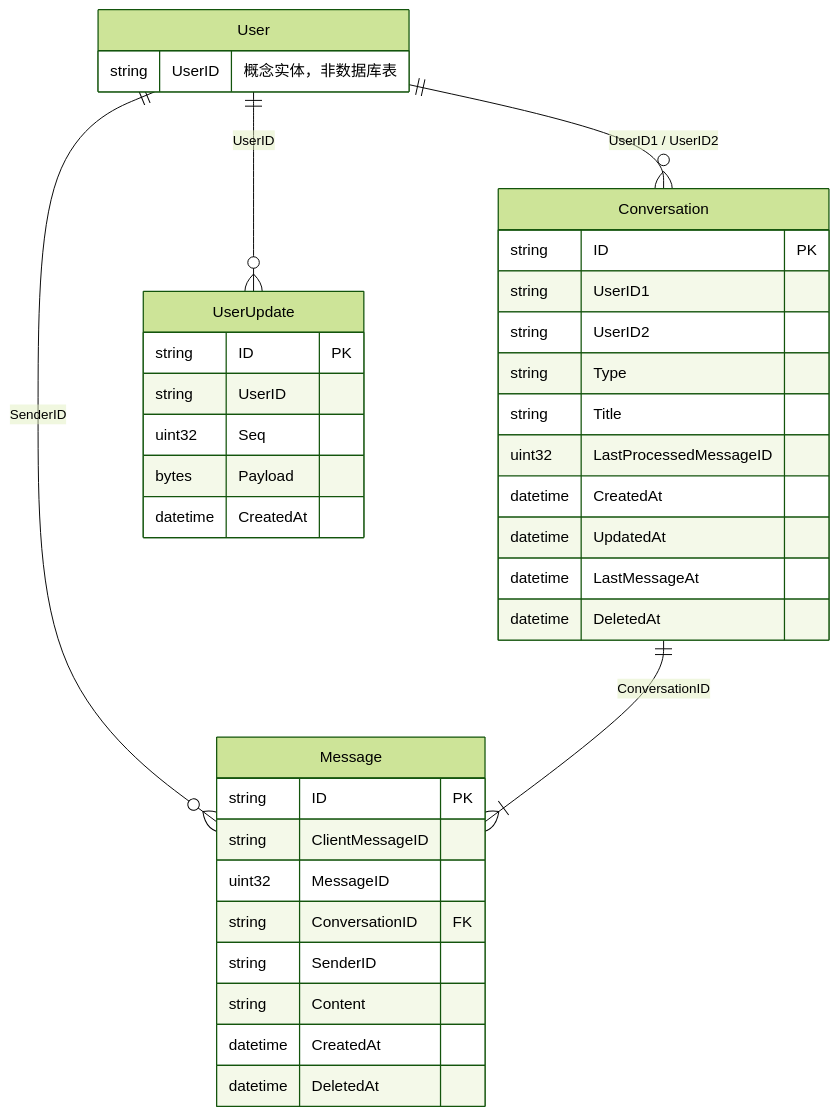
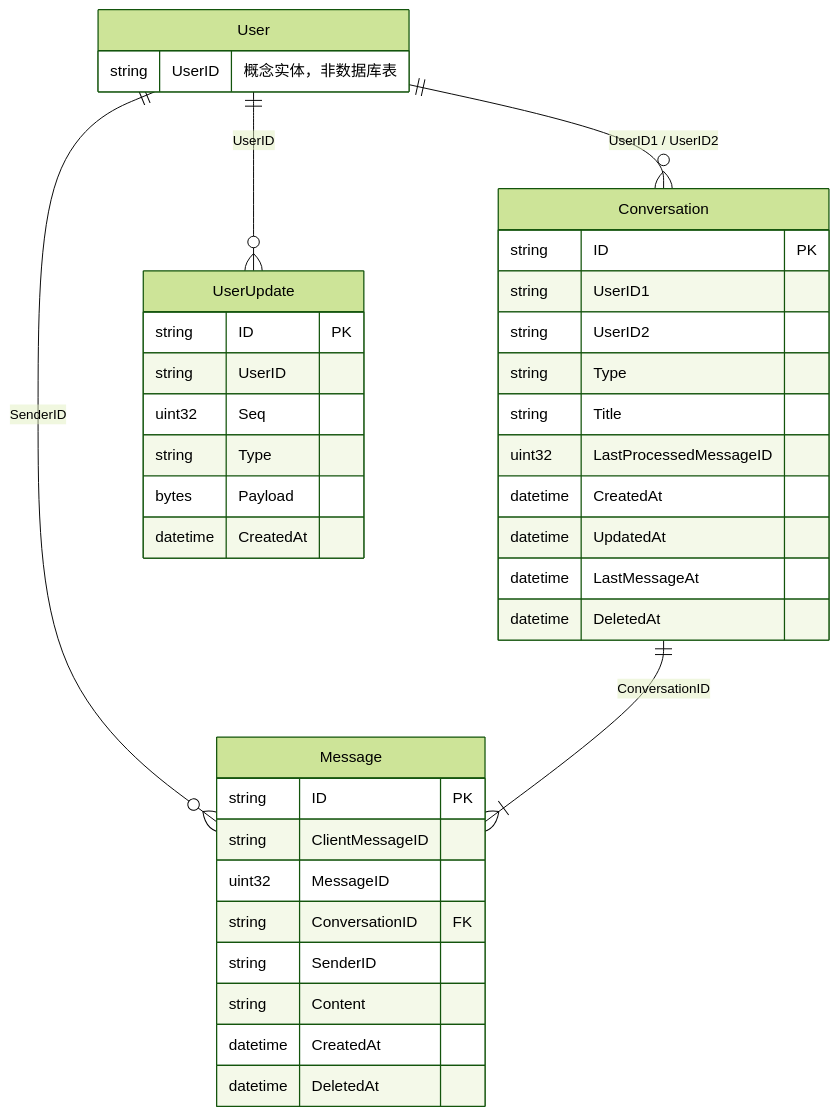
Before and after one commit to PineappleBond/xyncra-server: the first of 2 diagrams in internal/store/model/README-ZH.md, drawn with Mermaid (forest theme). The commit also changed other lines of this file and 23 other files, not shown here.

````diff
--- a/internal/store/model/README-ZH.md
+++ b/internal/store/model/README-ZH.md
@@ -11,45 +11,46 @@
 ```mermaid
 erDiagram
     %% 注意：User 不是数据库表，仅作为概念实体存在
     User ||--o{ Conversation : "UserID1 / UserID2"
     User ||--o{ Message : "SenderID"
     User ||--o{ UserUpdate : "UserID"
     
     Conversation ||--|{ Message : "ConversationID"
 
     User {
         string UserID "概念实体，非数据库表"
     }
 
     Conversation {
         string ID PK
         string UserID1
         string UserID2
         string Type
         string Title
         uint32 LastProcessedMessageID
         datetime CreatedAt
         datetime UpdatedAt
         datetime LastMessageAt
         datetime DeletedAt
     }
 
     Message {
         string ID PK
         string ClientMessageID
         uint32 MessageID
         string ConversationID FK
         string SenderID
         string Content
         datetime CreatedAt
         datetime DeletedAt
     }
 
     UserUpdate {
         string ID PK
         string UserID
         uint32 Seq
+        string Type
         bytes Payload
         datetime CreatedAt
     }
 ```
````
